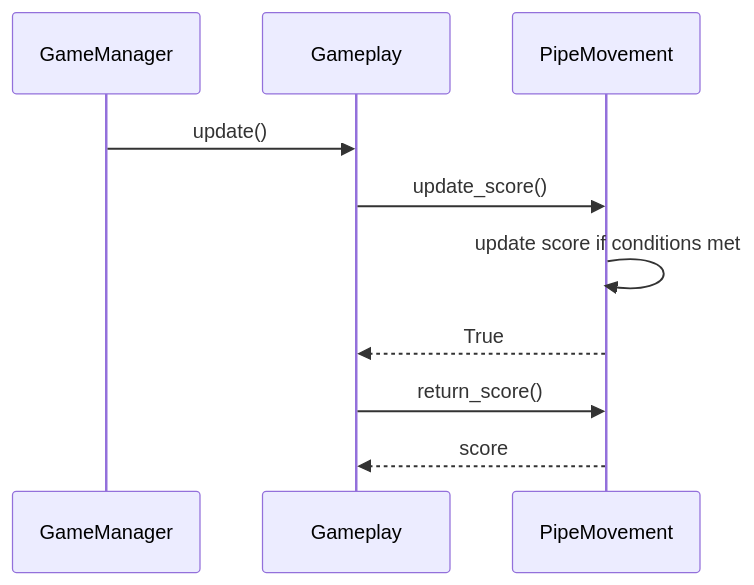
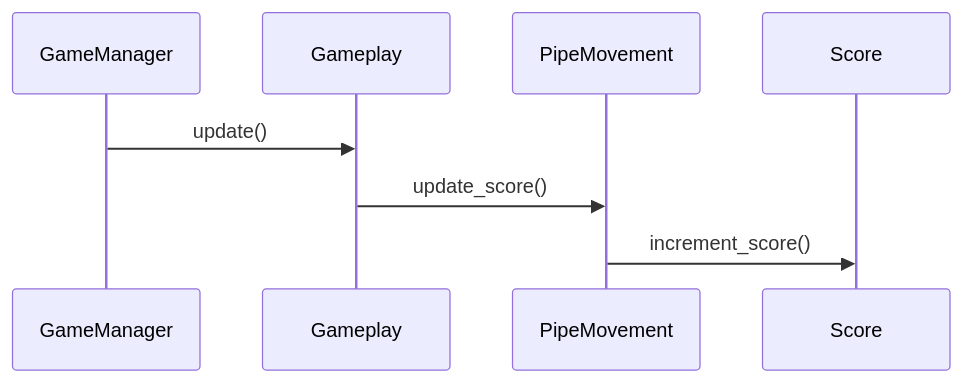
The second of 2 diagrams in dokumentaatio/arkkitehtuuri.md (LerkkaP/flappy-bird), drawn with Mermaid before and after one commit. The commit also changed other lines of this file and 5 other files, not shown here.

Commit message:
refactor and update score sequence diagram

````diff
--- a/dokumentaatio/arkkitehtuuri.md
+++ b/dokumentaatio/arkkitehtuuri.md
@@ -119,16 +116,12 @@
 ```mermaid
 sequenceDiagram
     participant GameManager
     participant Gameplay
     participant PipeMovement
+    participant Score
 
     GameManager->>Gameplay: update()
     Gameplay->>PipeMovement: update_score()
-    PipeMovement->>PipeMovement: update score if conditions met
-    PipeMovement-->>Gameplay: True
-    Gameplay->>PipeMovement: return_score()
-    PipeMovement-->>Gameplay: score
-
-
+    PipeMovement->>Score: increment_score()
 
 ```
````
